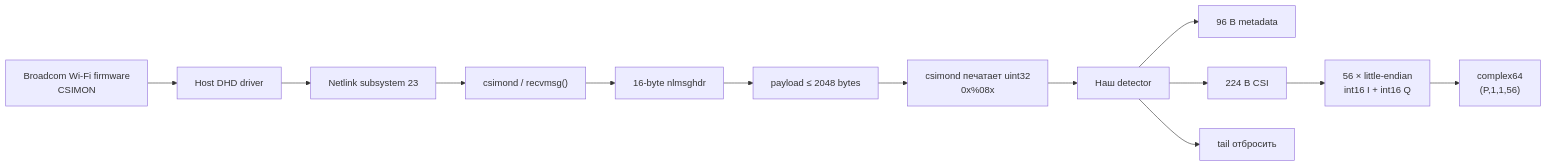
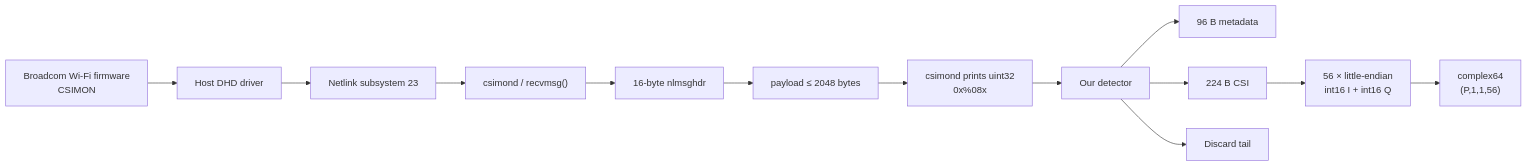
The diagram in docs/RESEARCH.md (Kolya080808/RPi-Asus-RuView), drawn with Mermaid before and after one commit. The commit also changed other lines of this file and 7 other files, not shown here.

````diff
--- a/docs/RESEARCH.md
+++ b/docs/RESEARCH.md
@@ -79,15 +79,15 @@
 ```mermaid
 flowchart LR
     A["Broadcom Wi‑Fi firmware<br/>CSIMON"] --> B["Host DHD driver"]
     B --> C["Netlink subsystem 23"]
     C --> D["csimond / recvmsg()"]
     D --> E["16-byte nlmsghdr"]
     E --> F["payload ≤ 2048 bytes"]
-    F --> G["csimond печатает uint32<br/>0x%08x"]
-    G --> H["Наш detector"]
+    F --> G["csimond prints uint32<br/>0x%08x"]
+    G --> H["Our detector"]
     H --> I["96 B metadata"]
     H --> J["224 B CSI"]
-    H --> K["tail отбросить"]
+    H --> K["Discard tail"]
     J --> L["56 × little-endian<br/>int16 I + int16 Q"]
     L --> M["complex64<br/>(P,1,1,56)"]
 ```
````
